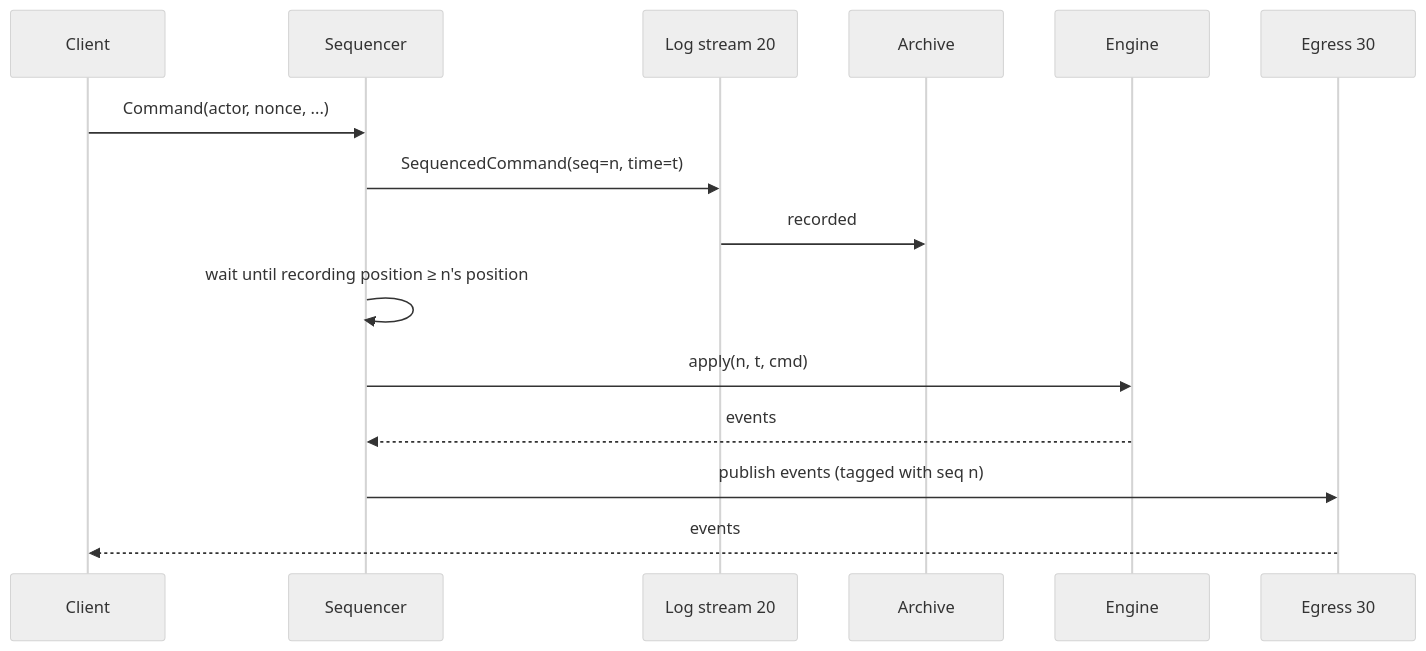
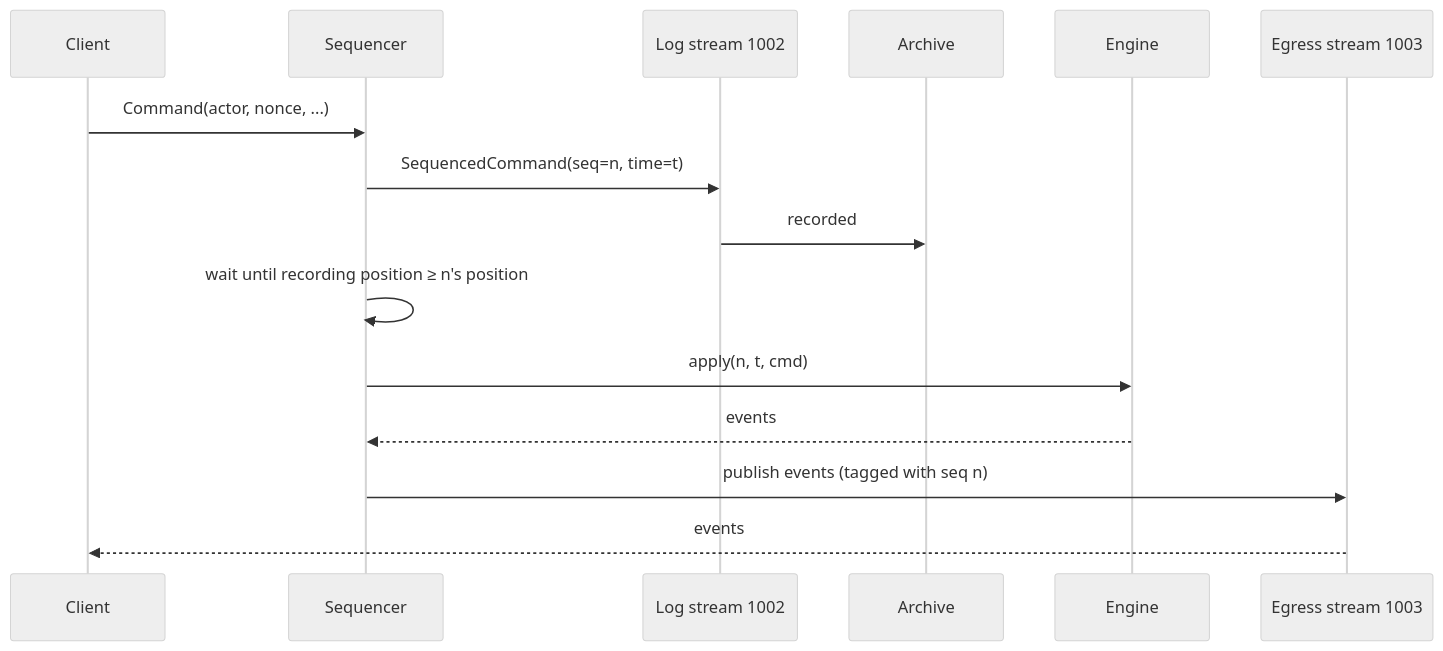
Before and after one commit to hmdsefi/rfq: the third of 6 diagrams in docs/architecture/overview.md, drawn with Mermaid (neutral theme). The commit also changed other lines of this file and 17 other files, not shown here.

````diff
--- a/docs/architecture/overview.md
+++ b/docs/architecture/overview.md
@@ -90,17 +97,17 @@
 ```mermaid
 sequenceDiagram
   participant C as Client
   participant S as Sequencer
-  participant L as Log stream 20
+  participant L as Log stream 1002
   participant A as Archive
   participant E as Engine
-  participant G as Egress 30
+  participant G as Egress stream 1003
   C->>S: Command(actor, nonce, ...)
   S->>L: SequencedCommand(seq=n, time=t)
   L->>A: recorded
   S->>S: wait until recording position ≥ n's position
   S->>E: apply(n, t, cmd)
   E-->>S: events
   S->>G: publish events (tagged with seq n)
   G-->>C: events
 ```
````
